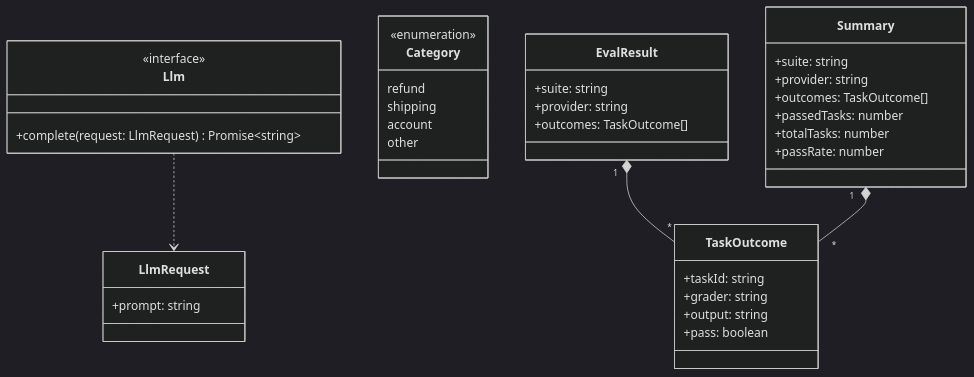
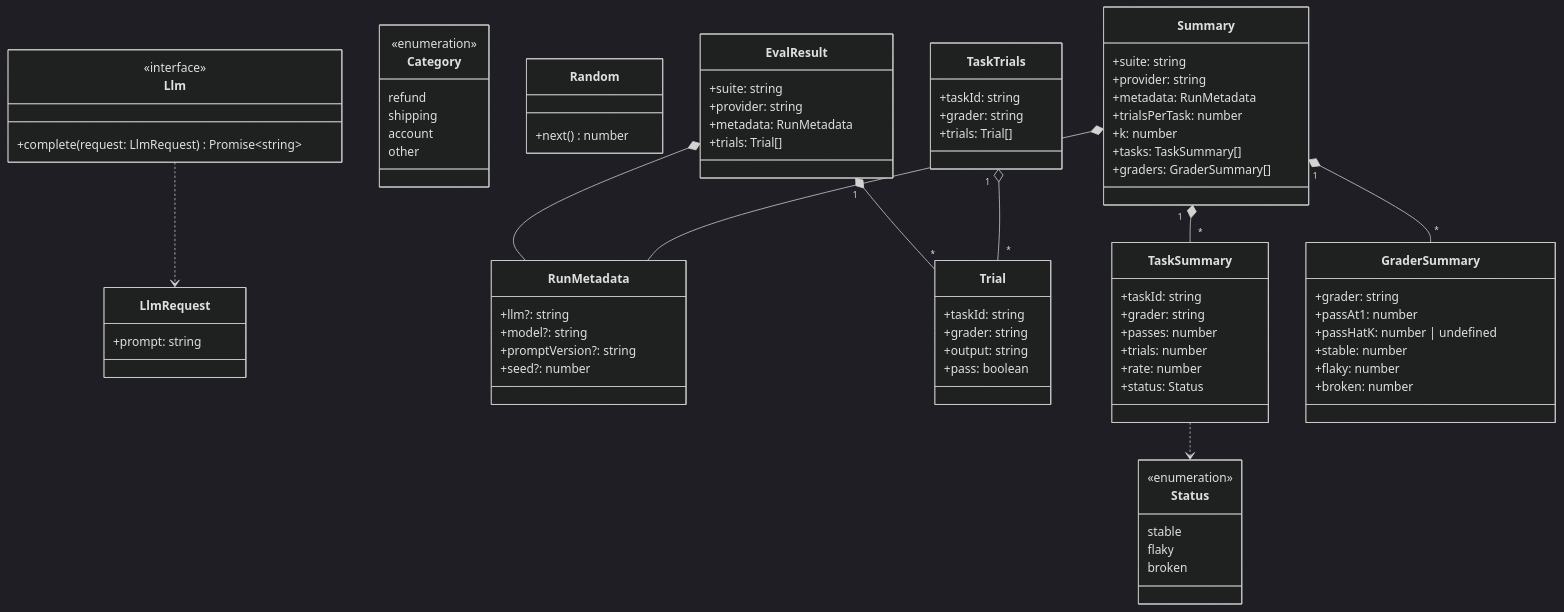
One commit to enunun/llm-evaluation-handson changed the diagram in iterations/iteration-1/solution/design/types.md. Above: the diagram before and after it, drawn with Mermaid (dark theme). The commit also changed other lines of this file and 17 other files, not shown here.

First line of the commit message:
Add Iteration 1: repeated trials, pass^k and flaky tasks

````diff
--- a/iterations/iteration-1/solution/design/types.md
+++ b/iterations/iteration-1/solution/design/types.md
@@ -5,39 +6,82 @@
 ```mermaid
 classDiagram
   class Llm {
     <<interface>>
     +complete(request: LlmRequest) Promise~string~
   }
   class LlmRequest {
     +prompt: string
   }
   class Category {
     <<enumeration>>
     refund
     shipping
     account
     other
   }
+  class Random {
+    +next() number
+  }
   class EvalResult {
     +suite: string
     +provider: string
-    +outcomes: TaskOutcome[]
+    +metadata: RunMetadata
+    +trials: Trial[]
   }
-  class TaskOutcome {
+  class RunMetadata {
+    +llm?: string
+    +model?: string
+    +promptVersion?: string
+    +seed?: number
+  }
+  class Trial {
     +taskId: string
     +grader: string
     +output: string
     +pass: boolean
   }
+  class TaskTrials {
+    +taskId: string
+    +grader: string
+    +trials: Trial[]
+  }
+  class Status {
+    <<enumeration>>
+    stable
+    flaky
+    broken
+  }
+  class TaskSummary {
+    +taskId: string
+    +grader: string
+    +passes: number
+    +trials: number
+    +rate: number
+    +status: Status
+  }
+  class GraderSummary {
+    +grader: string
+    +passAt1: number
+    +passHatK: number | undefined
+    +stable: number
+    +flaky: number
+    +broken: number
+  }
   class Summary {
     +suite: string
     +provider: string
-    +outcomes: TaskOutcome[]
-    +passedTasks: number
-    +totalTasks: number
-    +passRate: number
+    +metadata: RunMetadata
+    +trialsPerTask: number
+    +k: number
+    +tasks: TaskSummary[]
+    +graders: GraderSummary[]
   }
   Llm ..> LlmRequest
-  EvalResult "1" *-- "*" TaskOutcome
-  Summary "1" *-- "*" TaskOutcome
+  EvalResult *-- RunMetadata
+  EvalResult "1" *-- "*" Trial
+  TaskTrials "1" o-- "*" Trial
+  TaskSummary ..> Status
+  Summary *-- RunMetadata
+  Summary "1" *-- "*" TaskSummary
+  Summary "1" *-- "*" GraderSummary
 ```
````
